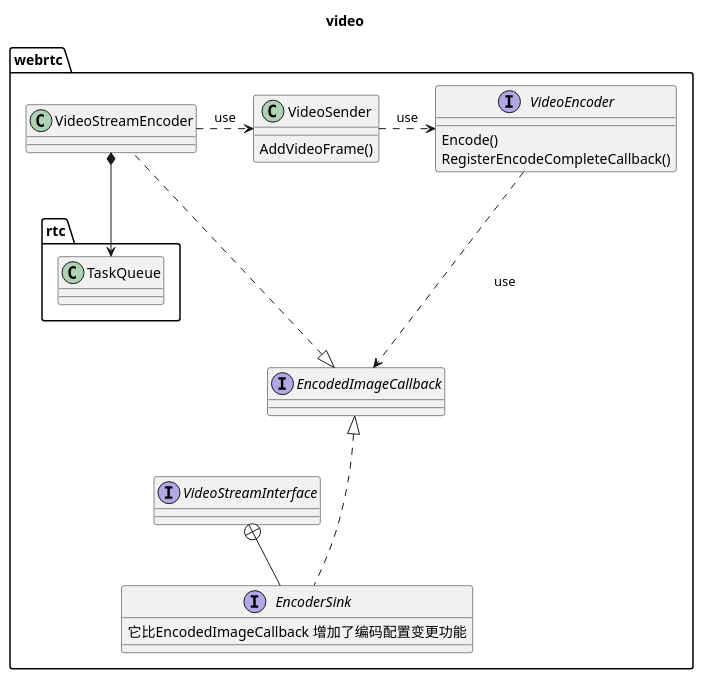
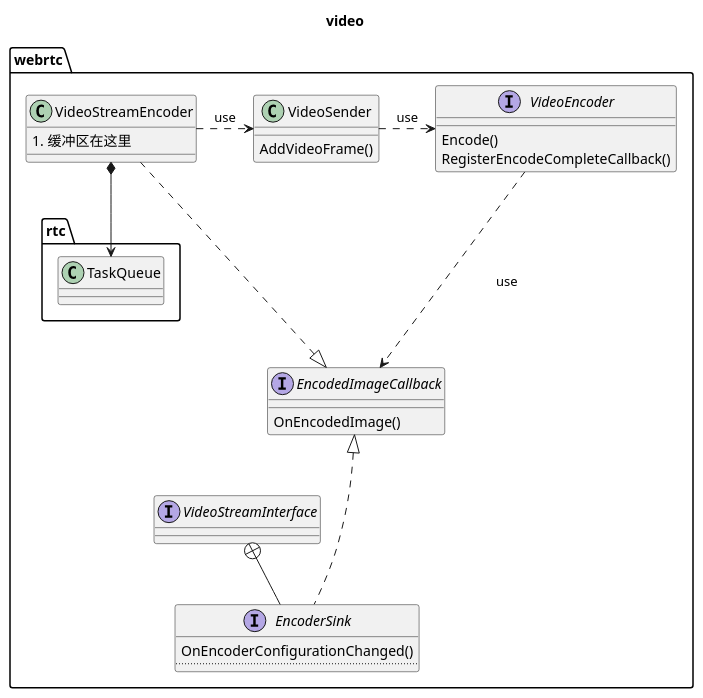
Before and after one commit to mingxin505/webrtcNote: the third of 18 diagrams in webrtc_chrome/Design.md, drawn with PlantUML. The commit also changed other lines of this file and 8 other files, not shown here.

````diff
--- a/webrtc_chrome/Design.md
+++ b/webrtc_chrome/Design.md
@@ -58,28 +58,31 @@
 ```plantuml
 title video
 package webrtc {
     interface VideoEncoder {
         Encode()
         RegisterEncodeCompleteCallback()
 
     }
-    interface EncodedImageCallback {}
+    interface EncodedImageCallback {
+        OnEncodedImage()
+    }
     interface VideoStreamInterface
     interface EncoderSink {
-        它比EncodedImageCallback 增加了编码配置变更功能
+        OnEncoderConfigurationChanged()
+        ....
     }
     class VideoSender {
         AddVideoFrame() 
     }
     class VideoStreamEncoder {
-
+        1. 缓冲区在这里
     }
     VideoStreamInterface +-- EncoderSink
     EncodedImageCallback <|... VideoStreamEncoder
     EncodedImageCallback <|... EncoderSink
     VideoStreamEncoder *--> rtc.TaskQueue
     VideoStreamEncoder .right.> VideoSender :use
     VideoSender .right.> VideoEncoder : use
     VideoEncoder .right.> EncodedImageCallback : use
 }
 ```
````
